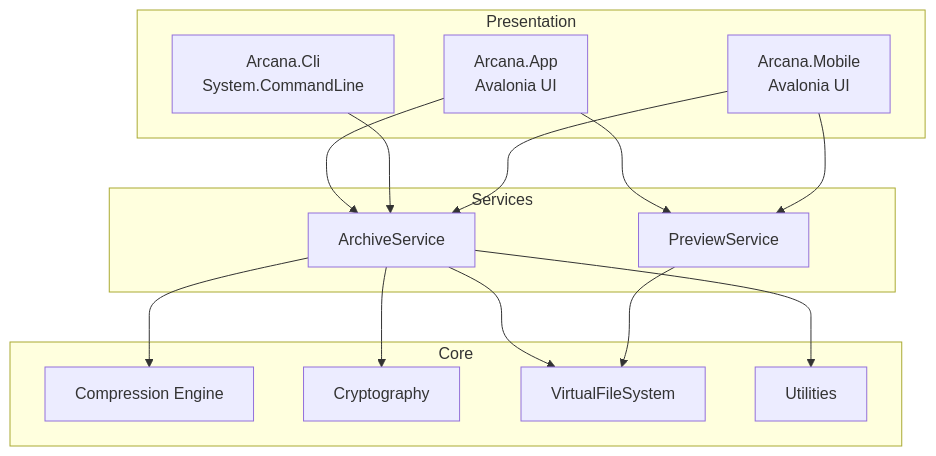
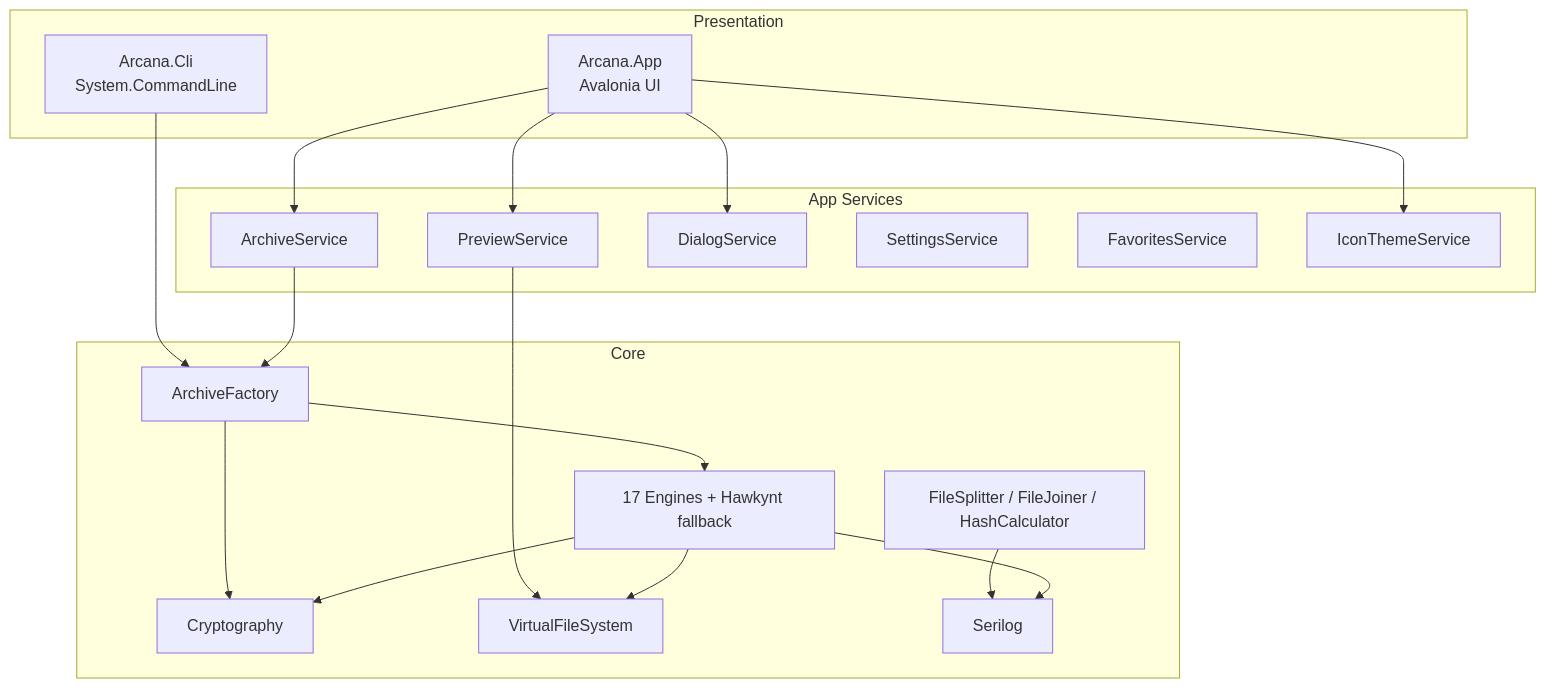
Before and after one commit to marcelofrau/arcana: the third of 10 diagrams in docs/ARCHITECTURE.md, drawn with Mermaid. The commit also changed other lines of this file and 19 other files, not shown here.

Commit message:
docs: rewrite full documentation suite (architecture, specs, roadmap, API, security, README)

````diff
--- a/docs/ARCHITECTURE.md
+++ b/docs/ARCHITECTURE.md
@@ -49,31 +48,39 @@
 ```mermaid
 graph TD
     subgraph "Presentation"
         App[Arcana.App<br/>Avalonia UI]
         Cli[Arcana.Cli<br/>System.CommandLine]
-        Mobile[Arcana.Mobile<br/>Avalonia UI]
     end
 
-    subgraph "Services"
+    subgraph "App Services"
         ArchiveSvc[ArchiveService]
         PreviewSvc[PreviewService]
+        DialogSvc[DialogService]
+        SettingsSvc[SettingsService]
+        FavoritesSvc[FavoritesService]
+        IconThemeSvc[IconThemeService]
     end
 
     subgraph "Core"
-        Compression[Compression Engine]
+        Factory[ArchiveFactory]
+        Engines[17 Engines + Hawkynt fallback]
         Crypto[Cryptography]
         VFS[VirtualFileSystem]
-        Tools[Utilities]
+        Tools[FileSplitter / FileJoiner / HashCalculator]
+        Logging[Serilog]
     end
 
     App --> ArchiveSvc
     App --> PreviewSvc
-    Cli --> ArchiveSvc
-    ArchiveSvc --> Compression
-    ArchiveSvc --> Crypto
-    ArchiveSvc --> VFS
-    ArchiveSvc --> Tools
+    App --> DialogSvc
+    App --> IconThemeSvc
+    Cli --> Factory
+    ArchiveSvc --> Factory
     PreviewSvc --> VFS
-    Mobile --> ArchiveSvc
-    Mobile --> PreviewSvc
+    Factory --> Engines
+    Factory --> Crypto
+    Engines --> VFS
+    Engines --> Crypto
+    Tools --> Logging
+    Engines --> Logging
 ```
````
